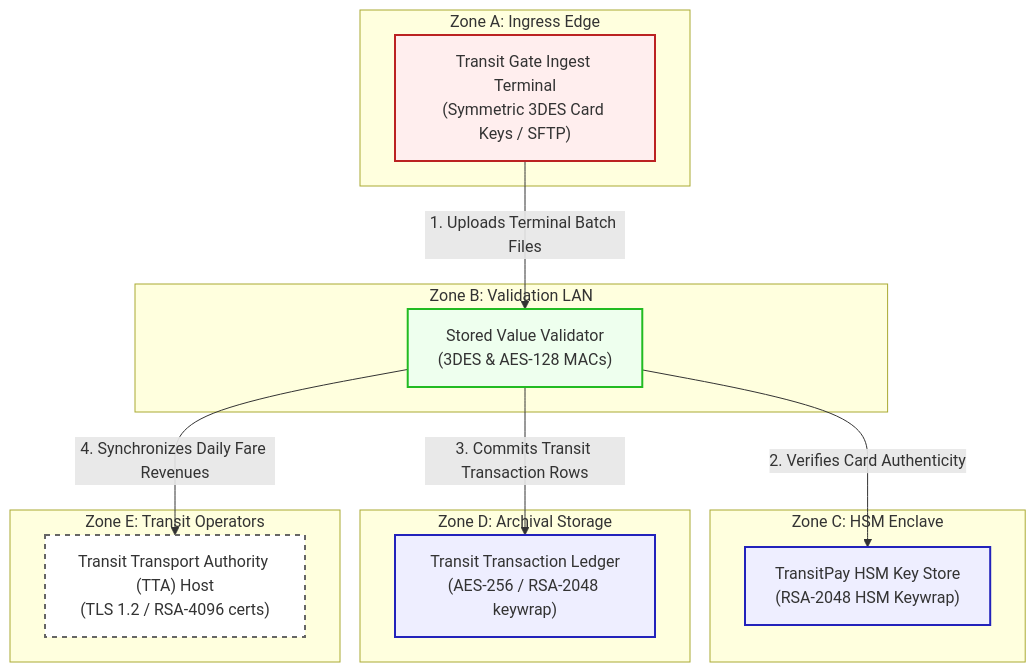
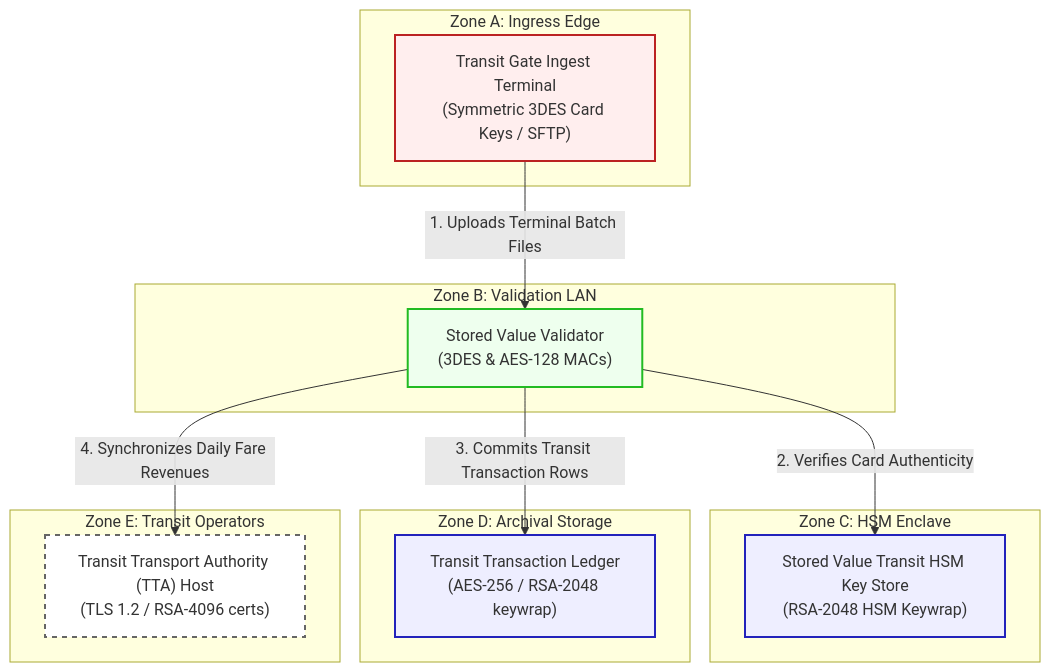
Before and after one commit to justinwkUKM/AETHER-PQC: the diagram in sample_artifacts/scenarios/19-transit-stored-value/architecture.md, drawn with Mermaid. The commit also changed other lines of this file and 187 other files, not shown here.

````diff
--- a/sample_artifacts/scenarios/19-transit-stored-value/architecture.md
+++ b/sample_artifacts/scenarios/19-transit-stored-value/architecture.md
@@ -22,41 +22,41 @@
 ```mermaid
 graph TD
   subgraph Zone_A_Ingress ["Zone A: Ingress Edge"]
     N1["Transit Gate Ingest Terminal<br/>(Symmetric 3DES Card Keys / SFTP)"]
   end
 
   subgraph Zone_B_Validation ["Zone B: Validation LAN"]
     N2["Stored Value Validator<br/>(3DES & AES-128 MACs)"]
   end
 
   subgraph Zone_C_HSM ["Zone C: HSM Enclave"]
-    N3["TransitPay HSM Key Store<br/>(RSA-2048 HSM Keywrap)"]
+    N3["Stored Value Transit HSM Key Store<br/>(RSA-2048 HSM Keywrap)"]
   end
 
   subgraph Zone_D_Data ["Zone D: Archival Storage"]
     N4["Transit Transaction Ledger<br/>(AES-256 / RSA-2048 keywrap)"]
   end
 
   subgraph Zone_E_Operators ["Zone E: Transit Operators"]
     N5["Transit Transport Authority (TTA) Host<br/>(TLS 1.2 / RSA-4096 certs)"]
   end
 
   %% Flow Connections %%
   N1 -->|1. Uploads Terminal Batch Files| N2
   N2 -->|2. Verifies Card Authenticity| N3
   N2 -->|3. Commits Transit Transaction Rows| N4
   N2 -->|4. Synchronizes Daily Fare Revenues| N5
 
   %% Styling %%
   classDef dmz fill:#fee,stroke:#b22,stroke-width:2px;
   classDef core fill:#efe,stroke:#2b2,stroke-width:2px;
   classDef enclave fill:#eef,stroke:#22b,stroke-width:2px;
   classDef archive fill:#fef,stroke:#b2b,stroke-width:2px;
   classDef ext fill:#fff,stroke:#666,stroke-width:2px,stroke-dasharray: 5 5;
 
   class N1 dmz;
   class N2 core;
   class N3 enclave;
   class N4 enclave;
   class N5 ext;
 ```
````
